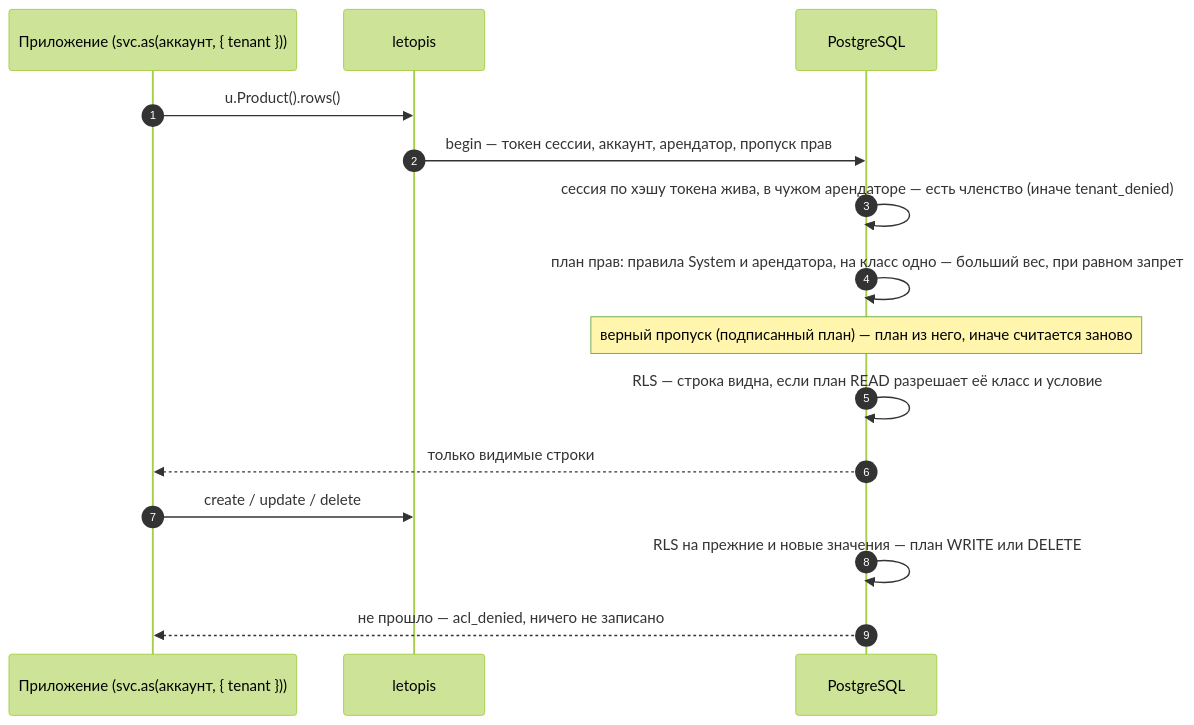
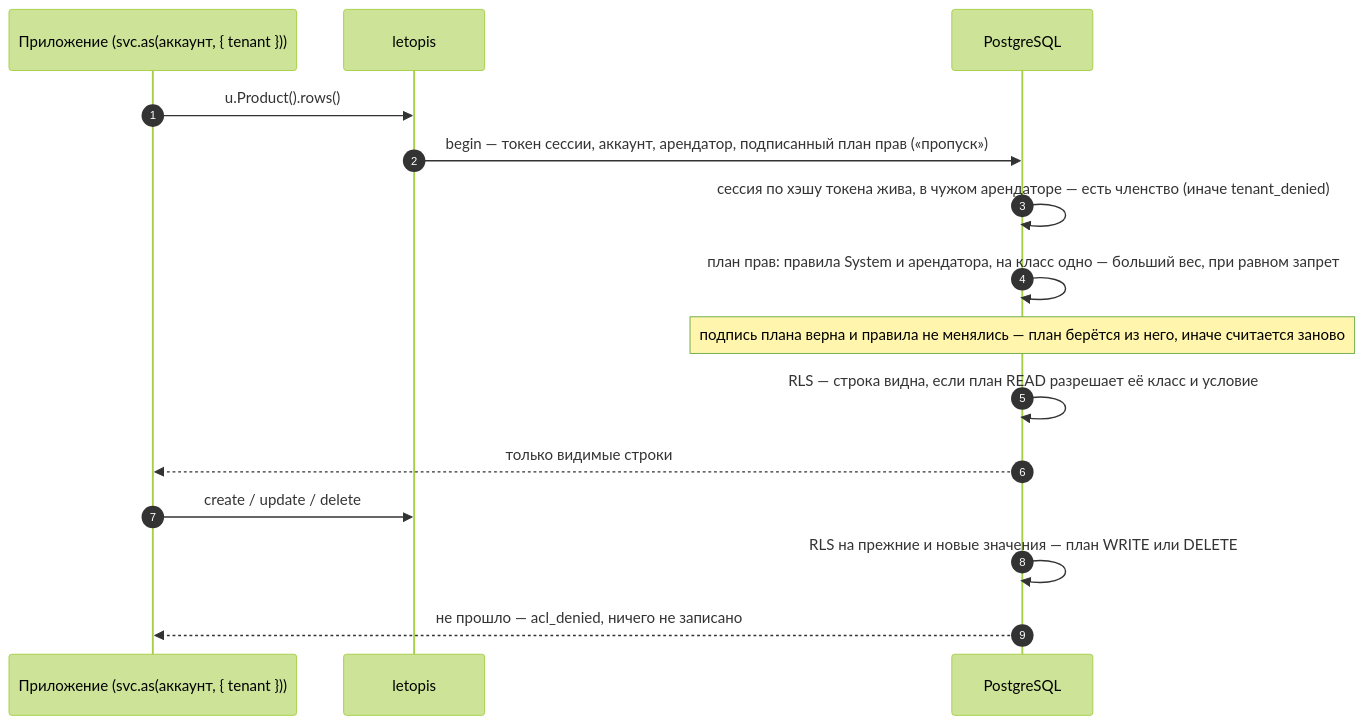
One commit to alepri51/letopis changed the diagram in guide/pages/access/index.md. Above: the diagram before and after it, drawn with Mermaid (forest theme). The commit also changed other lines of this file and 49 other files, not shown here.

````diff
--- a/guide/pages/access/index.md
+++ b/guide/pages/access/index.md
@@ -56,17 +81,17 @@
 ```mermaid
 sequenceDiagram
   autonumber
   participant App as Приложение (svc.as(аккаунт, { tenant }))
   participant Lib as letopis
   participant DB as PostgreSQL
   App->>Lib: u.Product().rows()
-  Lib->>DB: begin — токен сессии, аккаунт, арендатор, пропуск прав
+  Lib->>DB: begin — токен сессии, аккаунт, арендатор, подписанный план прав («пропуск»)
   DB->>DB: сессия по хэшу токена жива, в чужом арендаторе — есть членство (иначе tenant_denied)
   DB->>DB: план прав: правила System и арендатора, на класс одно — больший вес, при равном запрет
-  Note over DB: верный пропуск (подписанный план) — план из него, иначе считается заново
+  Note over DB: подпись плана верна и правила не менялись — план берётся из него, иначе считается заново
   DB->>DB: RLS — строка видна, если план READ разрешает её класс и условие
   DB-->>App: только видимые строки
   App->>Lib: create / update / delete
   DB->>DB: RLS на прежние и новые значения — план WRITE или DELETE
   DB-->>App: не прошло — acl_denied, ничего не записано
 ```
````
